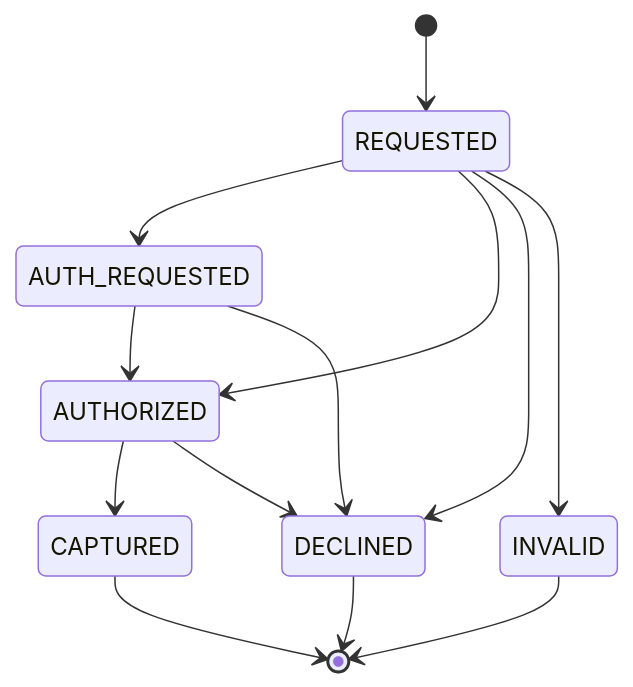
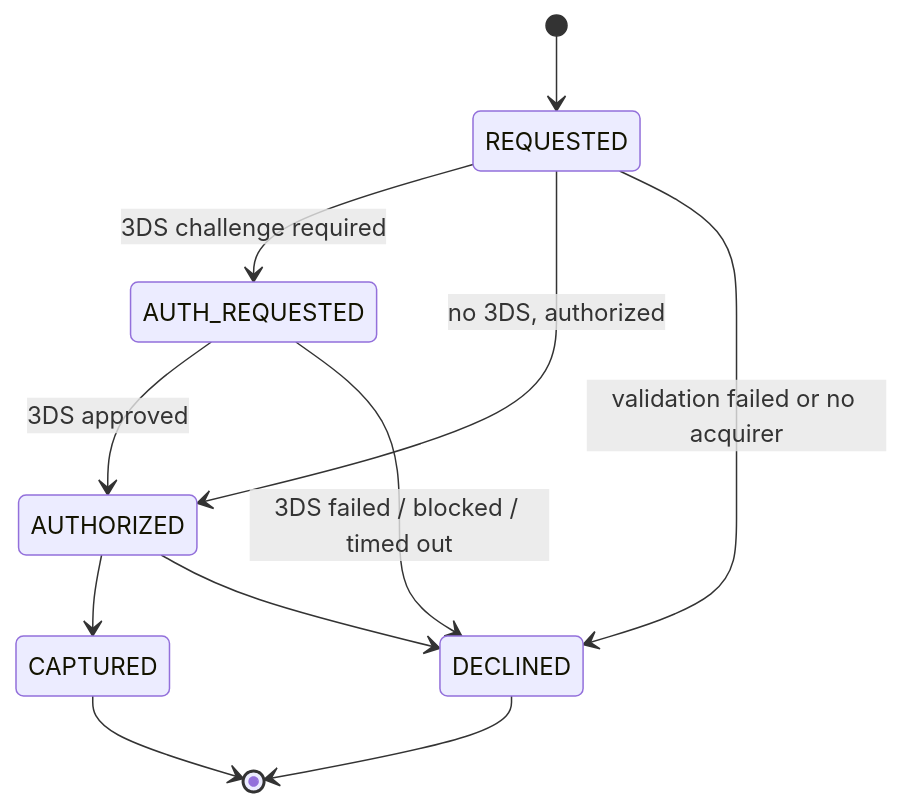
The second of 5 diagrams in docs/card-payments.md (KumaaGroup/platform-merchant-api), drawn with Mermaid before and after one commit. The commit also changed other lines of this file, not shown here.

````diff
--- a/docs/card-payments.md
+++ b/docs/card-payments.md
@@ -143,15 +145,13 @@
 ```mermaid
 stateDiagram-v2
     [*] --> REQUESTED
-    REQUESTED --> AUTH_REQUESTED
-    REQUESTED --> AUTHORIZED
-    REQUESTED --> DECLINED
-    REQUESTED --> INVALID
-    AUTH_REQUESTED --> AUTHORIZED
-    AUTH_REQUESTED --> DECLINED
+    REQUESTED --> AUTH_REQUESTED: 3DS challenge required
+    REQUESTED --> AUTHORIZED: no 3DS, authorized
+    REQUESTED --> DECLINED: validation failed or no acquirer
+    AUTH_REQUESTED --> AUTHORIZED: 3DS approved
+    AUTH_REQUESTED --> DECLINED: 3DS failed / blocked / timed out
     AUTHORIZED --> CAPTURED
     AUTHORIZED --> DECLINED
     CAPTURED --> [*]
     DECLINED --> [*]
-    INVALID --> [*]
 ```
````
